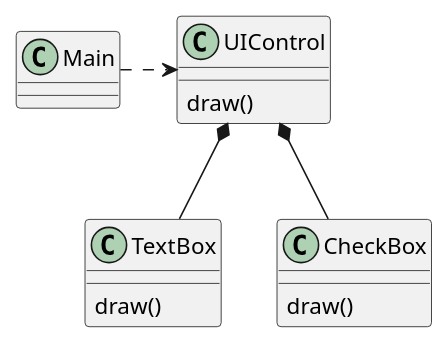
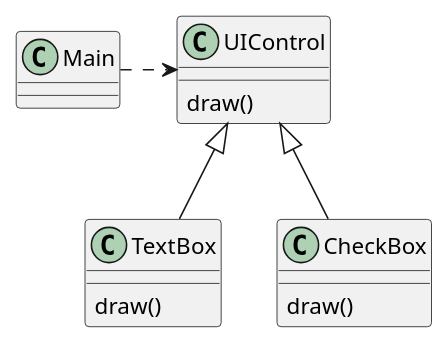
Before and after one commit to TomSpencerLondon/Design-Patterns: the diagram in src/main/java/org/example/state/solution/uicontrol.puml, drawn with PlantUML. The commit also changed 1 other file, not shown here.

Commit message:
Correct uicontrol image

```diff
--- a/src/main/java/org/example/state/solution/uicontrol.puml
+++ b/src/main/java/org/example/state/solution/uicontrol.puml
@@ -1,21 +1,21 @@
 @startuml
 
 class Main {
 }
 
 class UIControl {
     draw()
 }
 
 class TextBox {
     draw()
 }
 
 class CheckBox {
     draw()
 }
 
 Main .right.> UIControl
-UIControl *-- TextBox
-UIControl *-- CheckBox
+UIControl <|-- TextBox
+UIControl <|-- CheckBox
 @enduml
```
